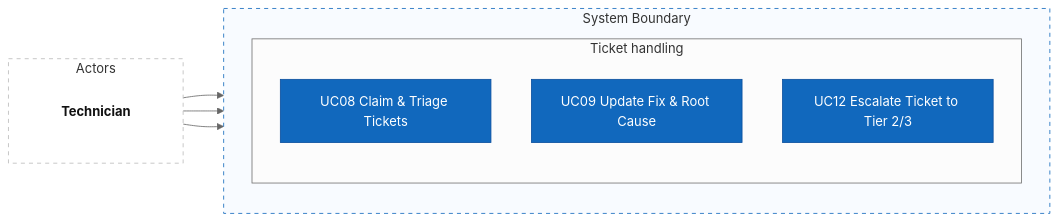
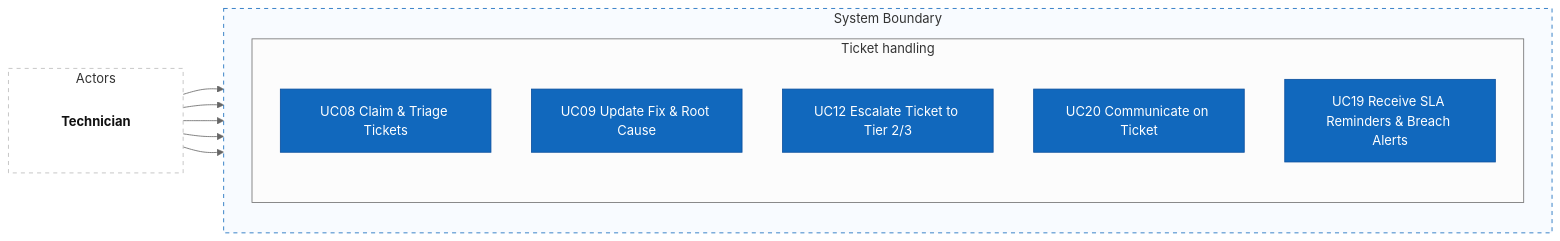
One commit to Akaza-ban/Fable changed the third of 7 diagrams in README.md. Above: the diagram before and after it, drawn with Mermaid (neutral theme). The commit also changed other lines of this file, not shown here.

First line of the commit message:
docs(readme): add AI and oversight use cases and map the mind map to branches

````diff
--- a/README.md
+++ b/README.md
@@ -129,26 +146,28 @@
 ```mermaid
 flowchart LR
     subgraph left["Actors"]
         direction TB
         tech["<b>Technician</b>"]
     end
 
     subgraph system["System Boundary"]
         direction TB
         subgraph handling["Ticket handling"]
             direction TB
             uc08["UC08 Claim & Triage Tickets"]
             uc09["UC09 Update Fix & Root Cause"]
             uc12["UC12 Escalate Ticket to Tier 2/3"]
+            uc20["UC20 Communicate on Ticket"]
+            uc19["UC19 Receive SLA Reminders & Breach Alerts"]
         end
     end
 
-    tech --> uc08 & uc09 & uc12
+    tech --> uc08 & uc09 & uc12 & uc20 & uc19
 
     classDef actor fill:none,stroke:none,color:#111
     classDef usecase fill:#1168bd,color:#fff,stroke:#0b4f9e
     class tech actor
-    class uc08,uc09,uc12 usecase
+    class uc08,uc09,uc12,uc20,uc19 usecase
     style left fill:#fff,stroke:#bbb,stroke-dasharray:5 5
     style system fill:#f8fbff,stroke:#1168bd,stroke-dasharray:5 5
 ```
````
